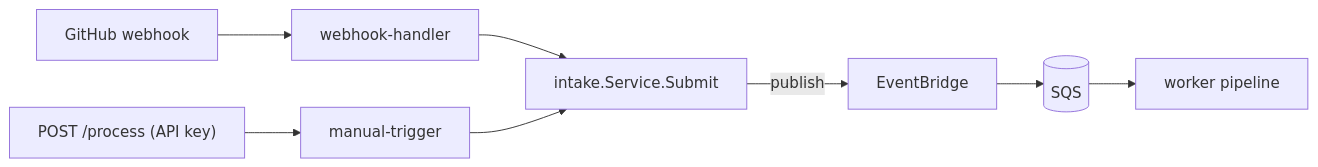
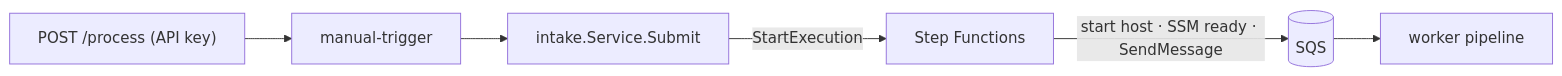
The diagram in docs/manual-trigger.md (teddynted/ai-github-repository-blog-generator), drawn with Mermaid before and after one commit. The commit also changed other lines of this file and 3 other files, not shown here.

First line of the commit message:
docs(api)+registration: /process via Step Functions; webhook_secret optional (Stage D)

````diff
--- a/docs/manual-trigger.md
+++ b/docs/manual-trigger.md
@@ -23,10 +23,8 @@
 ```mermaid
 flowchart LR
-  GH[GitHub webhook] --> H[webhook-handler]
   API["POST /process (API key)"] --> M[manual-trigger]
-  H --> S[intake.Service.Submit]
-  M --> S
-  S -->|publish| EB[EventBridge]
-  EB --> SQS[(SQS)]
+  M --> S[intake.Service.Submit]
+  S -->|StartExecution| SFN[Step Functions]
+  SFN -->|start host · SSM ready · SendMessage| SQS[(SQS)]
   SQS --> W[worker pipeline]
 ```
````
